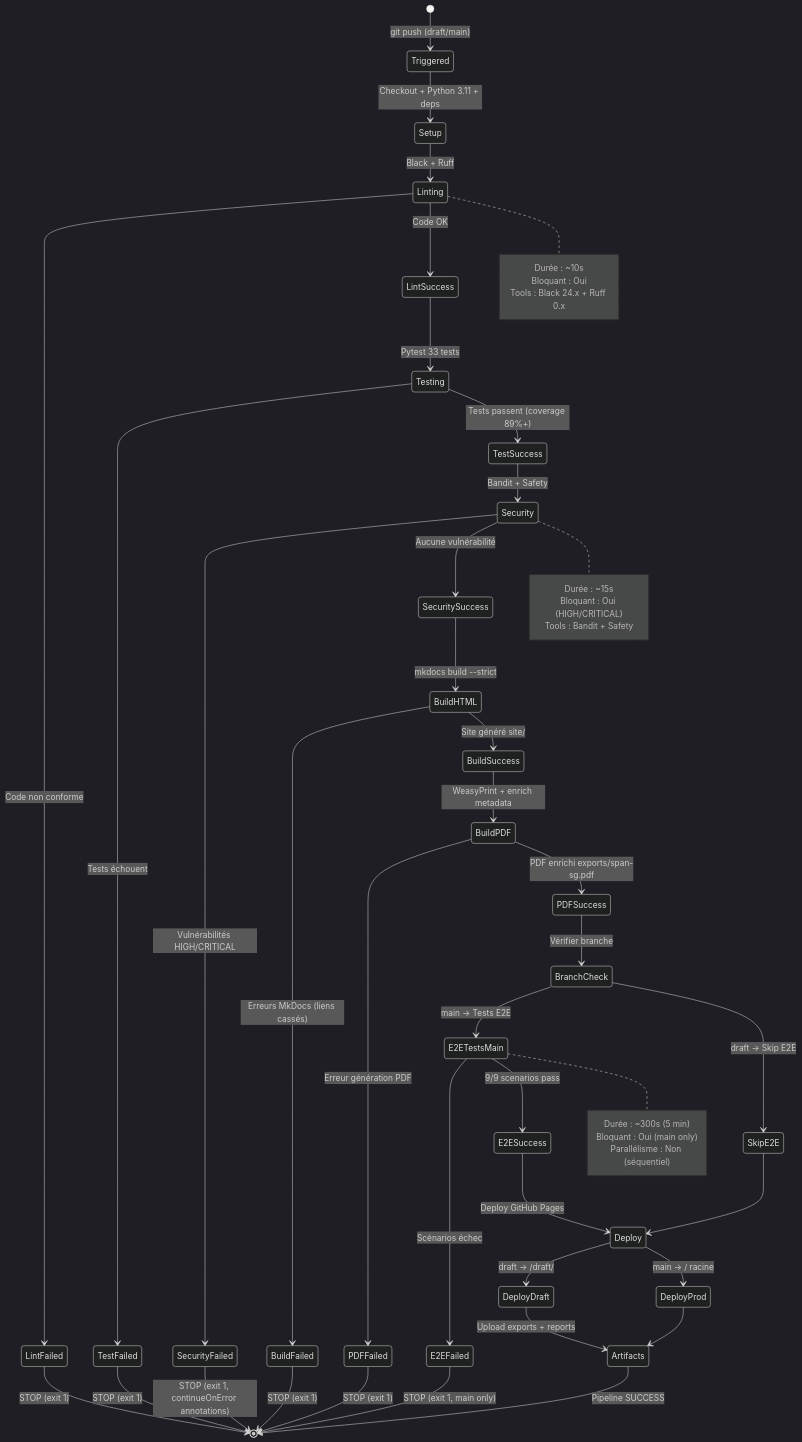
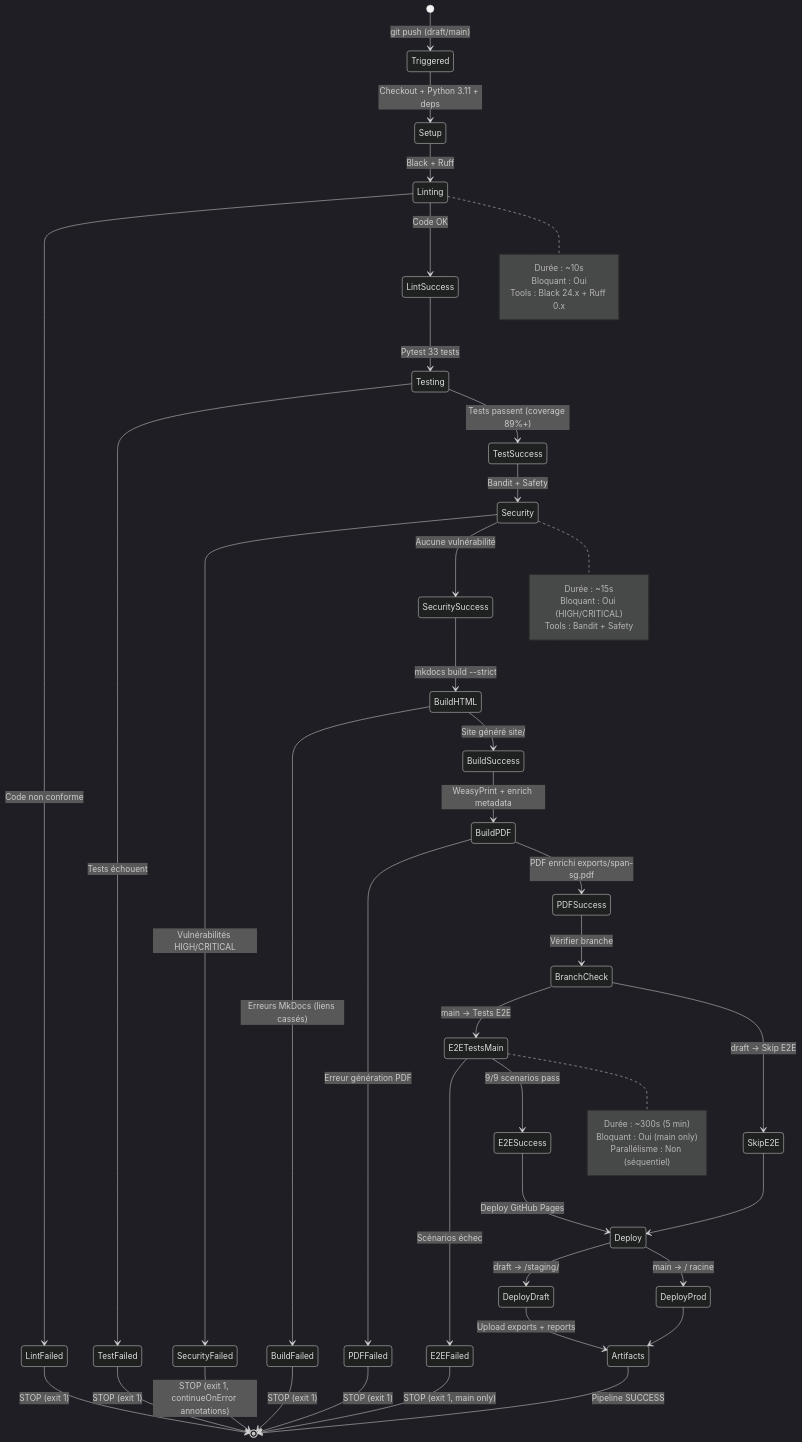
Before and after one commit to Alexmacapple/span-sg: the sixth of 10 diagrams in docs/architecture/uml-diagrams.md, drawn with Mermaid (dark theme). The commit also changed other lines of this file and 12 other files, not shown here.

First line of the commit message:
docs: renommer toutes références /draft/ vers /staging/

````diff
--- a/docs/architecture/uml-diagrams.md
+++ b/docs/architecture/uml-diagrams.md
@@ -295,72 +295,72 @@
 ```mermaid
 stateDiagram-v2
     [*] --> Triggered: git push (draft/main)
     Triggered --> Setup: Checkout + Python 3.11 + deps
     Setup --> Linting: Black + Ruff
 
     Linting --> LintFailed: Code non conforme
     Linting --> LintSuccess: Code OK
 
     LintFailed --> [*]: STOP (exit 1)
     LintSuccess --> Testing: Pytest 33 tests
 
     Testing --> TestFailed: Tests échouent
     Testing --> TestSuccess: Tests passent (coverage 89%+)
 
     TestFailed --> [*]: STOP (exit 1)
     TestSuccess --> Security: Bandit + Safety
 
     Security --> SecurityFailed: Vulnérabilités HIGH/CRITICAL
     Security --> SecuritySuccess: Aucune vulnérabilité
 
     SecurityFailed --> [*]: STOP (exit 1, continueOnError annotations)
     SecuritySuccess --> BuildHTML: mkdocs build --strict
 
     BuildHTML --> BuildFailed: Erreurs MkDocs (liens cassés)
     BuildHTML --> BuildSuccess: Site généré site/
 
     BuildFailed --> [*]: STOP (exit 1)
     BuildSuccess --> BuildPDF: WeasyPrint + enrich metadata
 
     BuildPDF --> PDFFailed: Erreur génération PDF
     BuildPDF --> PDFSuccess: PDF enrichi exports/span-sg.pdf
 
     PDFFailed --> [*]: STOP (exit 1)
     PDFSuccess --> BranchCheck: Vérifier branche
 
     BranchCheck --> E2ETestsMain: main → Tests E2E
     BranchCheck --> SkipE2E: draft → Skip E2E
 
     E2ETestsMain --> E2EFailed: Scénarios échec
     E2ETestsMain --> E2ESuccess: 9/9 scenarios pass
 
     E2EFailed --> [*]: STOP (exit 1, main only)
     E2ESuccess --> Deploy: Deploy GitHub Pages
     SkipE2E --> Deploy
 
-    Deploy --> DeployDraft: draft → /draft/
+    Deploy --> DeployDraft: draft → /staging/
     Deploy --> DeployProd: main → / racine
 
     DeployDraft --> Artifacts: Upload exports + reports
     DeployProd --> Artifacts
 
     Artifacts --> [*]: Pipeline SUCCESS
 
     note right of Linting
         Durée : ~10s
         Bloquant : Oui
         Tools : Black 24.x + Ruff 0.x
     end note
 
     note right of Security
         Durée : ~15s
         Bloquant : Oui (HIGH/CRITICAL)
         Tools : Bandit + Safety
     end note
 
     note right of E2ETestsMain
         Durée : ~300s (5 min)
         Bloquant : Oui (main only)
         Parallélisme : Non (séquentiel)
     end note
 ```
````
